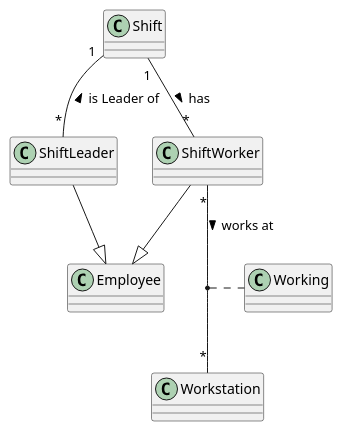
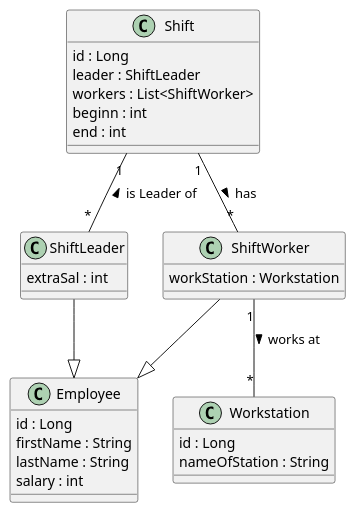
One commit to 2122-4ahif-nvs/01-microproject-joachimPelzederHTL changed the diagram in asciidocs/plantuml/Personalverwaltung.puml. Above: the diagram before and after it, drawn with PlantUML. The commit also changed 6 other files, not shown here.

```diff
--- a/asciidocs/plantuml/Personalverwaltung.puml
+++ b/asciidocs/plantuml/Personalverwaltung.puml
@@ -1,37 +1,40 @@
 @startuml
 
 class Employee{
-
+    id : Long
+    firstName : String
+    lastName : String
+    salary : int
 }
 
 class Shift{
-
+    id : Long
+    leader : ShiftLeader
+    workers : List<ShiftWorker>
+    beginn : int
+    end : int
 }
 
 class ShiftLeader{
-
+    extraSal : int
 }
 
 class ShiftWorker{
-
+    workStation : Workstation
 }
 
 class Workstation{
-
-}
-
-class Working{
-
+    id : Long
+    nameOfStation : String
 }
 
 Shift "1" -- "*" ShiftLeader : < is Leader of
 Shift "1" -- "*" ShiftWorker : > has
 
 ShiftLeader --|> Employee
 ShiftWorker --|> Employee
 
-ShiftWorker "*" -- "*" Workstation : > works at
+ShiftWorker "1" -- "*" Workstation : > works at
 
-(ShiftWorker,Workstation) .. Working
 
 @enduml
```
